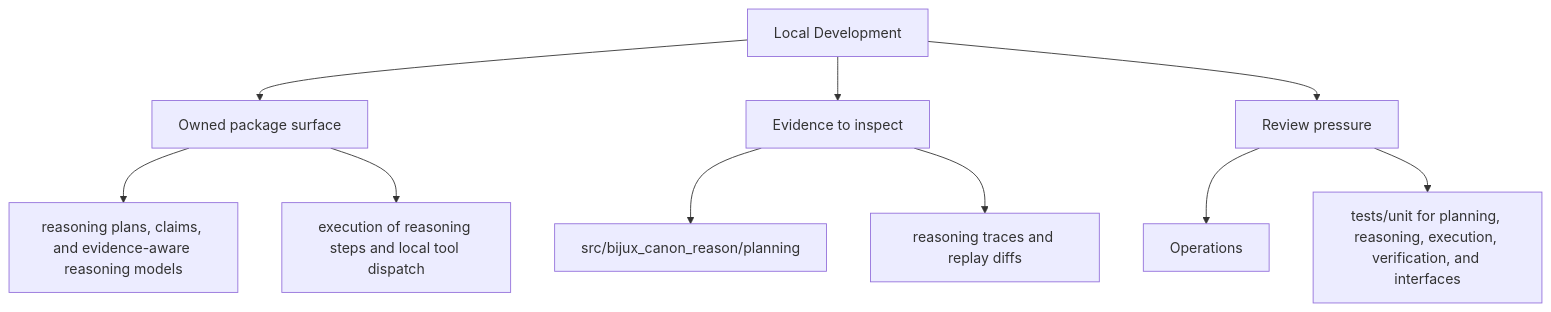
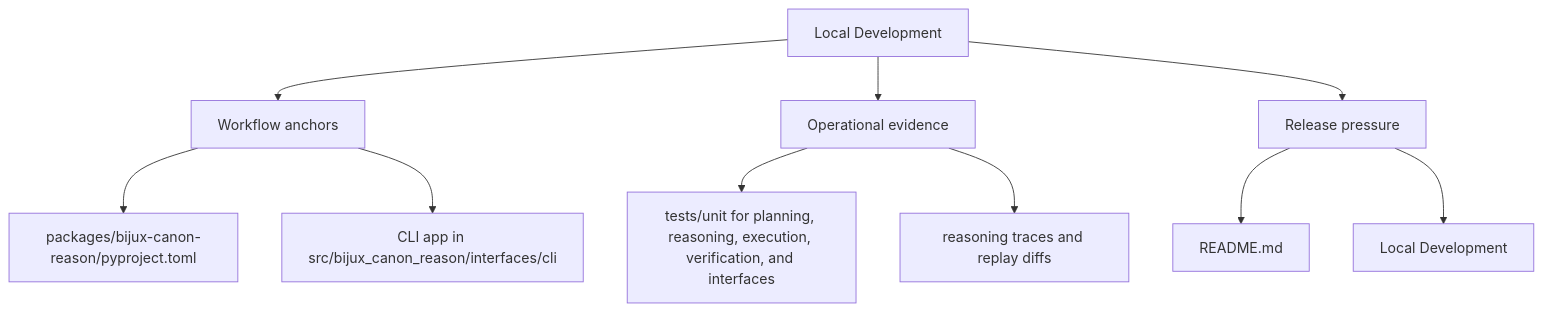
One commit to bijux/bijux-canon changed the second of 2 diagrams in docs/bijux-canon-reason/operations/local-development.md. Above: the diagram before and after it, drawn with Mermaid. The commit also changed other lines of this file and 250 other files, not shown here.

Commit message:
docs(diagrams): make product page maps more readable

````diff
--- a/docs/bijux-canon-reason/operations/local-development.md
+++ b/docs/bijux-canon-reason/operations/local-development.md
@@ -35,22 +35,22 @@
 ```mermaid
 flowchart TD
     page["Local Development"]
-    focus1["Owned package surface"]
+    focus1["Workflow anchors"]
     page --> focus1
-    focus1_1["reasoning plans, claims, and evidence-aware reasoning models"]
+    focus1_1["packages/bijux-canon-reason/pyproject.toml"]
     focus1 --> focus1_1
-    focus1_2["execution of reasoning steps and local tool dispatch"]
+    focus1_2["CLI app in src/bijux_canon_reason/interfaces/cli"]
     focus1 --> focus1_2
-    focus2["Evidence to inspect"]
+    focus2["Operational evidence"]
     page --> focus2
-    focus2_1["src/bijux_canon_reason/planning"]
+    focus2_1["tests/unit for planning, reasoning, execution, verification, and interfaces"]
     focus2 --> focus2_1
     focus2_2["reasoning traces and replay diffs"]
     focus2 --> focus2_2
-    focus3["Review pressure"]
+    focus3["Release pressure"]
     page --> focus3
-    focus3_1["Operations"]
+    focus3_1["README.md"]
     focus3 --> focus3_1
-    focus3_2["tests/unit for planning, reasoning, execution, verification, and interfaces"]
+    focus3_2["Local Development"]
     focus3 --> focus3_2
 ```
````
